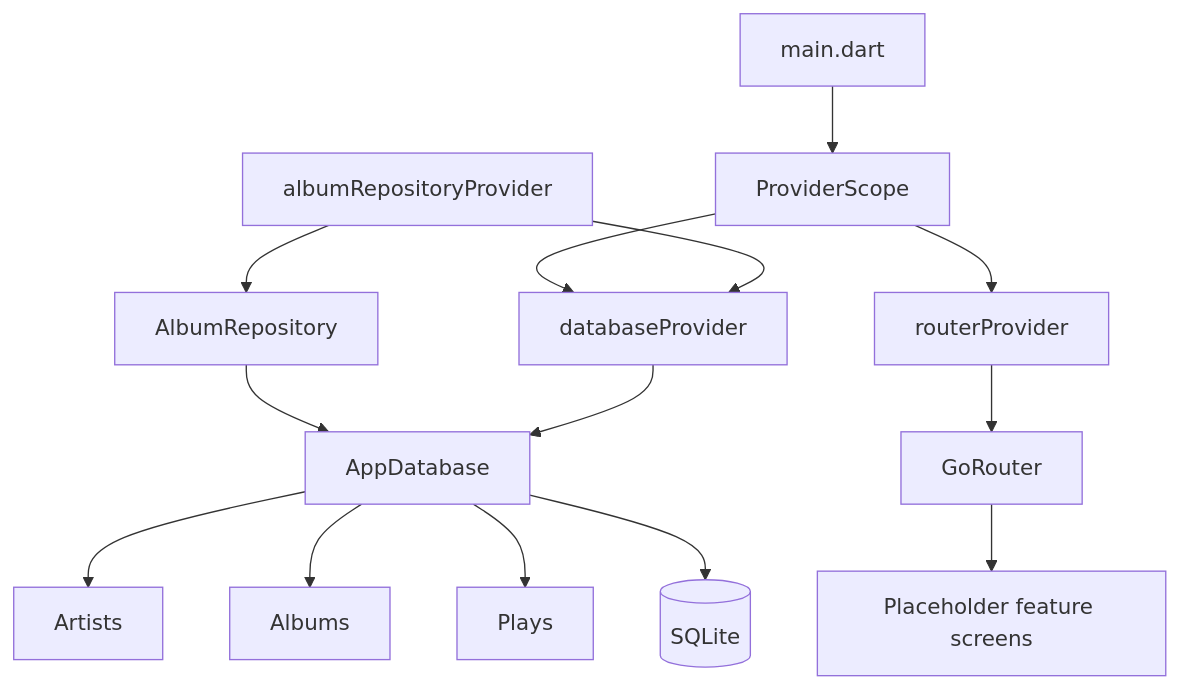
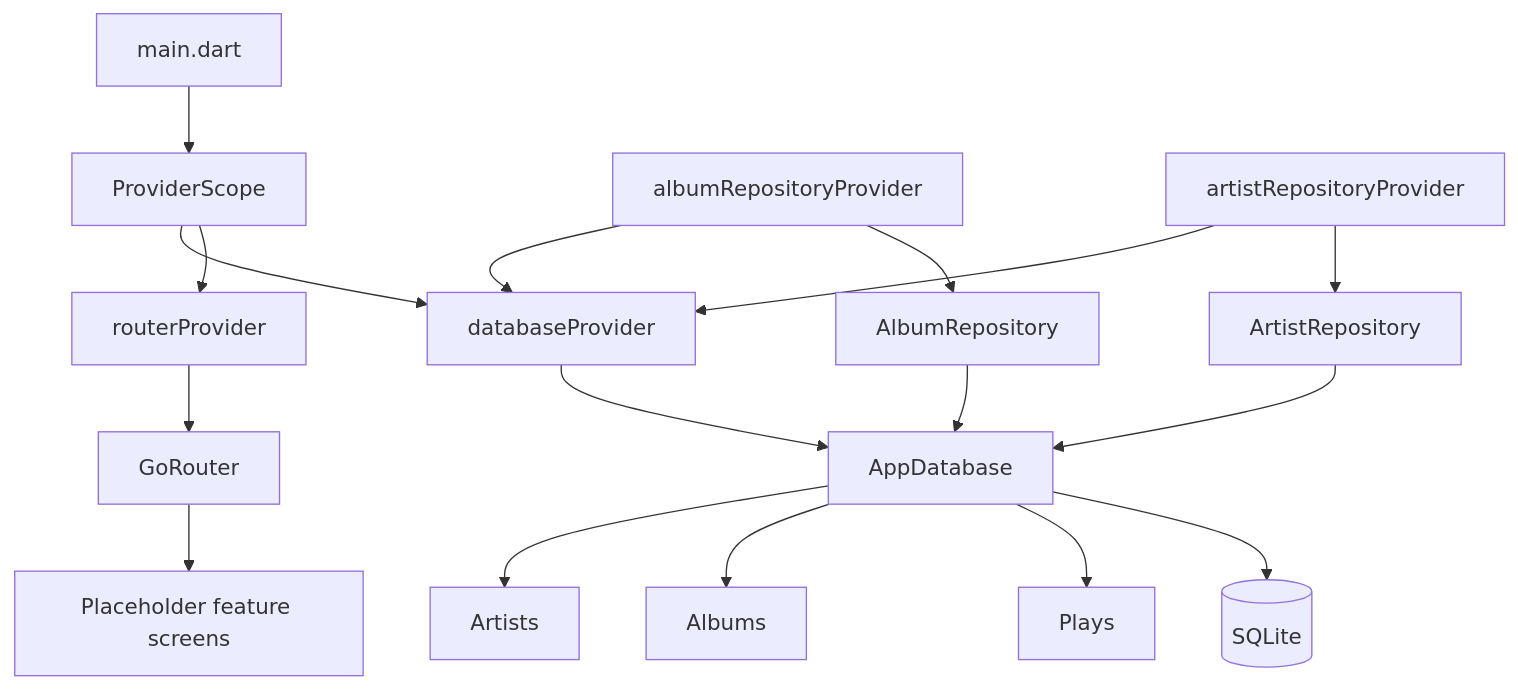
The first of 2 diagrams in docs/architecture/overview.md (hunter-goller/Groovefolio), drawn with Mermaid before and after one commit. The commit also changed other lines of this file and 17 other files, not shown here.

First line of the commit message:
VinylApp-014: ArtistRepository (#22)

````diff
--- a/docs/architecture/overview.md
+++ b/docs/architecture/overview.md
@@ -15,30 +15,35 @@
 ```mermaid
 flowchart TD
     M[main.dart]
     PS[ProviderScope]
     DBP[databaseProvider]
     RP[routerProvider]
     ARP[albumRepositoryProvider]
+    AIP[artistRepositoryProvider]
     GR[GoRouter]
     FS[Placeholder feature screens]
     AR[AlbumRepository]
+    AIR[ArtistRepository]
     DB[AppDatabase]
     A[Artists]
     AL[Albums]
     P[Plays]
     SQ[(SQLite)]
 
     M --> PS
     PS --> DBP
     PS --> RP
     RP --> GR
     GR --> FS
     ARP --> DBP
     ARP --> AR
+    AIP --> DBP
+    AIP --> AIR
     AR --> DB
+    AIR --> DB
     DBP --> DB
     DB --> A
     DB --> AL
     DB --> P
     DB --> SQ
 ```
````
